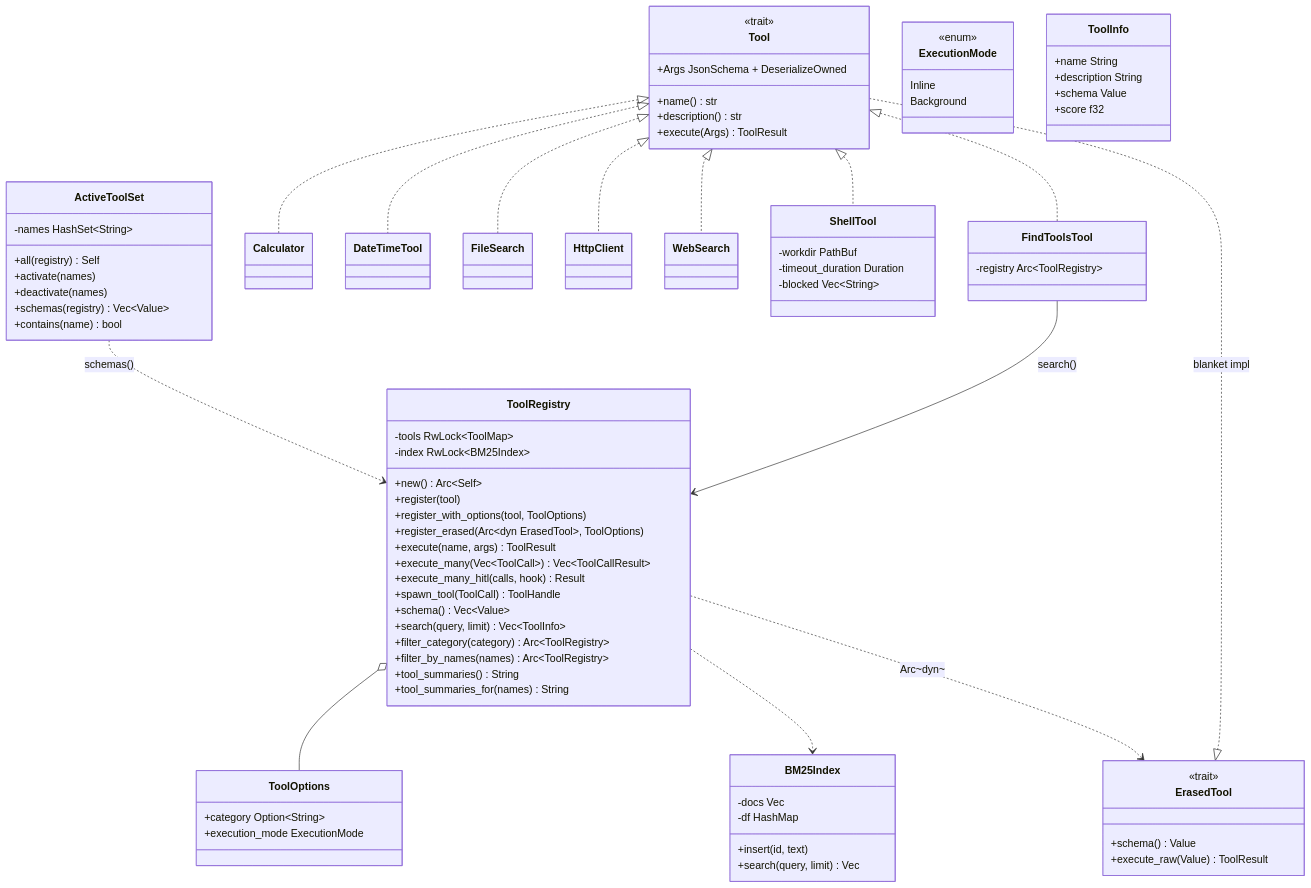
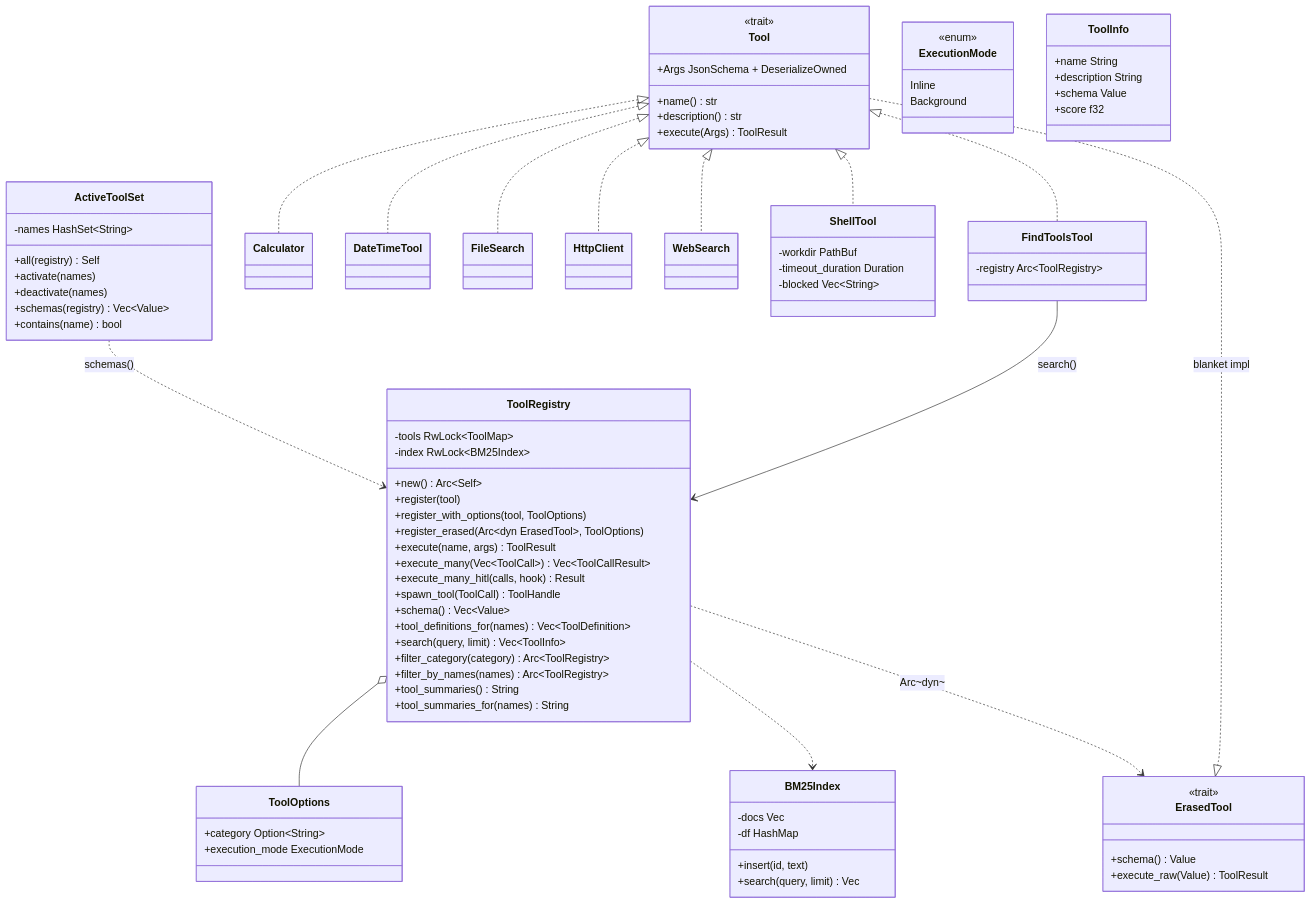
One commit to sirius-zuo/agentverse changed the diagram in wiki/tools.md. Above: the diagram before and after it, drawn with Mermaid. The commit also changed other lines of this file and 2 other files, not shown here.

Commit message:
feat(tools): add native definitions for active tools

```diff
--- a/wiki/tools.md
+++ b/wiki/tools.md
@@ -68,6 +69,7 @@
         +execute_many_hitl(calls, hook) Result
         +spawn_tool(ToolCall) ToolHandle
         +schema() Vec~Value~
+        +tool_definitions_for(names) Vec~ToolDefinition~
         +search(query, limit) Vec~ToolInfo~
         +filter_category(category) Arc~ToolRegistry~
         +filter_by_names(names) Arc~ToolRegistry~
```
